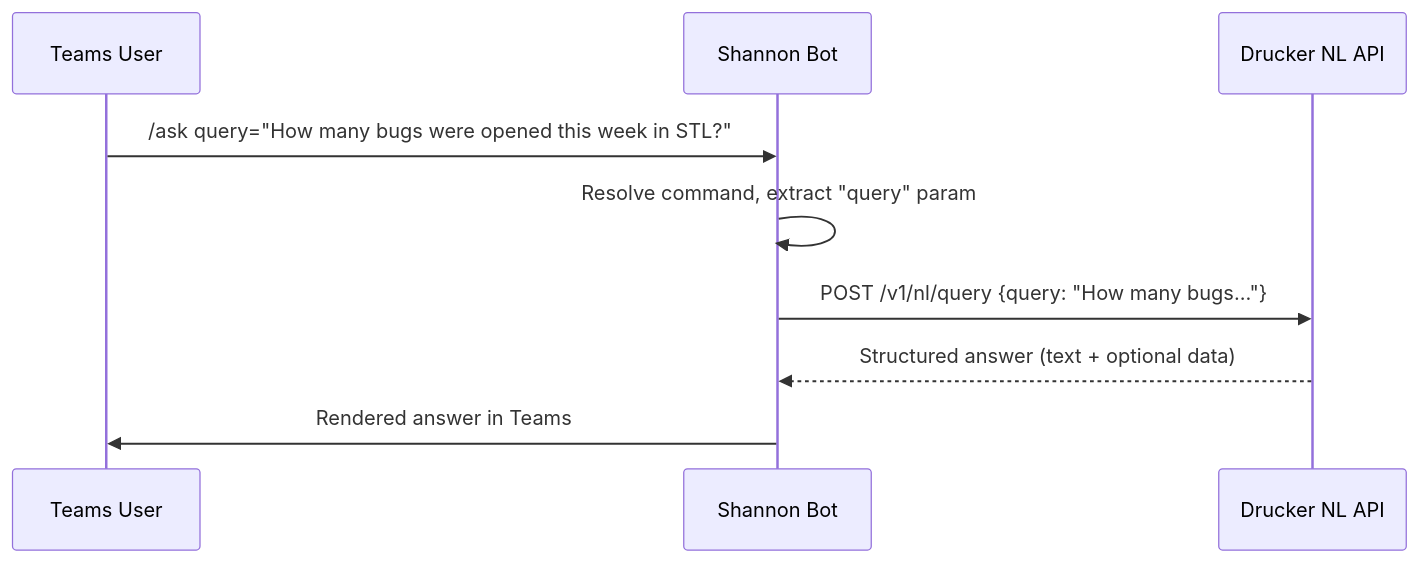
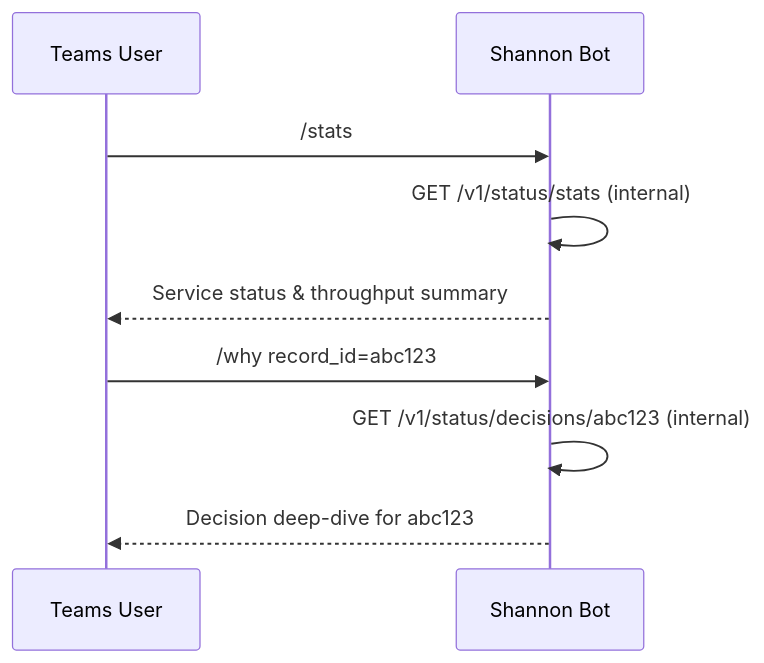
Before and after one commit to jmac-cornelis/agent-workforce: the fourth of 4 diagrams in docs/config-shannon.md, drawn with Mermaid. The commit also changed other lines of this file and 8 other files, not shown here.

````diff
--- a/docs/config-shannon.md
+++ b/docs/config-shannon.md
@@ -110,12 +112,13 @@
 ```mermaid
 sequenceDiagram
     participant User as Teams User
     participant Shannon as Shannon Bot
-    participant Drucker as Drucker NL API
 
-    User->>Shannon: /ask query="How many bugs were opened this week in STL?"
-    Shannon->>Shannon: Resolve command, extract "query" param
-    Shannon->>Drucker: POST /v1/nl/query {query: "How many bugs…"}
-    Drucker-->>Shannon: Structured answer (text + optional data)
-    Shannon->>User: Rendered answer in Teams
+    User->>Shannon: /stats
+    Shannon->>Shannon: GET /v1/status/stats (internal)
+    Shannon-->>User: Service status & throughput summary
+
+    User->>Shannon: /why record_id=abc123
+    Shannon->>Shannon: GET /v1/status/decisions/abc123 (internal)
+    Shannon-->>User: Decision deep-dive for abc123
 ```
````
